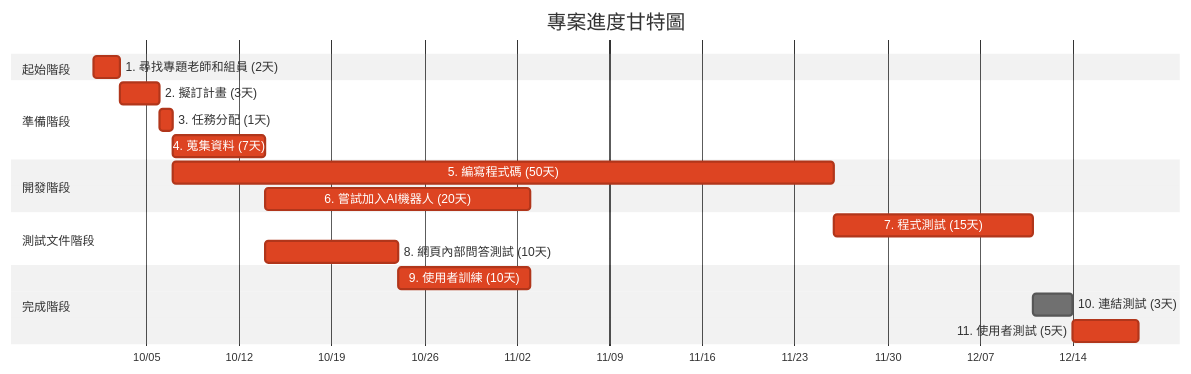
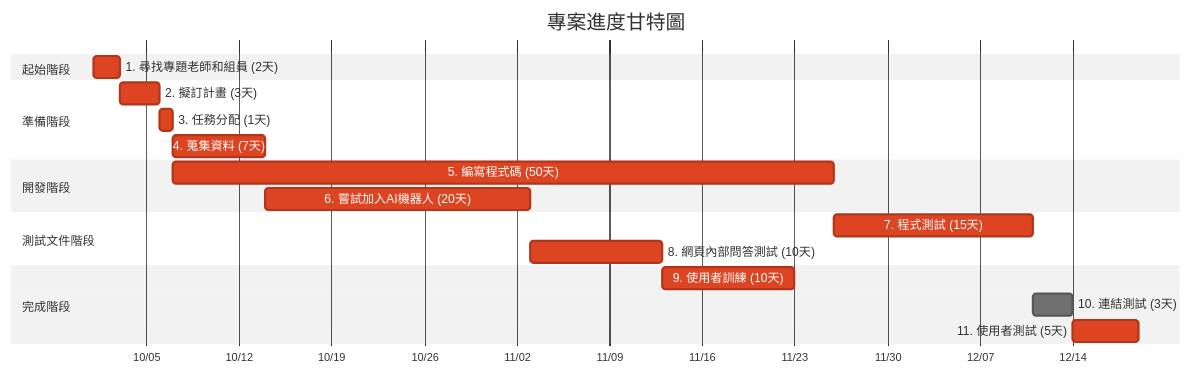
The second of 2 diagrams in hw2.md (c112118202-droid/-), drawn with Mermaid (neutral theme) before and after one commit.

````diff
--- a/hw2.md
+++ b/hw2.md
@@ -29,27 +29,27 @@
 ```mermaid
 gantt
     title 專案進度甘特圖
     dateFormat YYYY-MM-DD
     axisFormat %m/%d
     
     section 起始階段
     1. 尋找專題老師和組員 (2天)     :crit, m1, 2025-10-01, 2d
     
     section 準備階段
     2. 擬訂計畫 (3天)     :crit, m2, after m1, 3d
     3. 任務分配 (1天)    :crit, m3, after m2, 1d
     4. 蒐集資料 (7天)    :crit, m4, after m3, 7d
 
     section 開發階段
     5. 編寫程式碼 (50天)    :crit, m5, after m3, 50d
     6. 嘗試加入AI機器人 (20天)    :crit, m6, after m4, 20d
     
     section 測試文件階段
     7. 程式測試 (15天)    :crit, m7, after m5, 15d
-    8. 網頁內部問答測試 (10天) :crit, m8, after m4, 10d
+    8. 網頁內部問答測試 (10天) :crit, m8, after m6, 10d
         
     section 完成階段
     9. 使用者訓練 (10天)    :crit, m9, after m8, 10d
     10. 連結測試 (3天)  :m10, after m7 m8, 3d
     11. 使用者測試 (5天)  :crit, m11, after m9 m10, 5d
 ```
````
